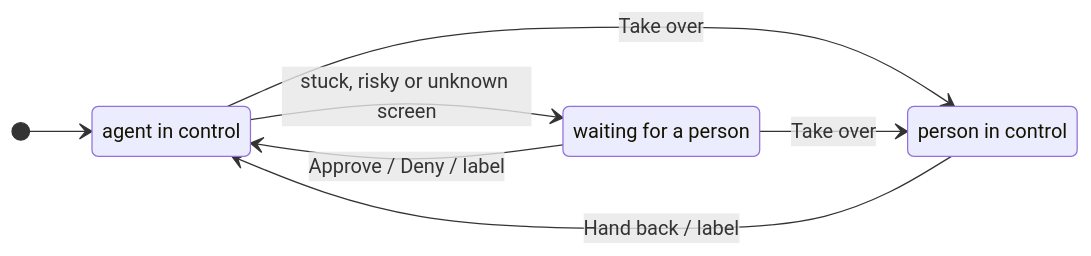
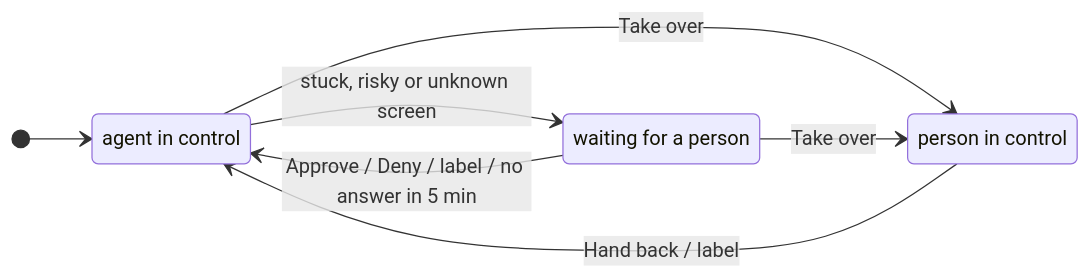
The second of 2 diagrams in REPORT.md (aravindsriraj/cua-agent-system), drawn with Mermaid before and after one commit. The commit also changed other lines of this file and 4 other files, not shown here.

Commit message:
Stop waiting for an operator who never answers (5 min; a person who took over is never cut off); REPORT lists known gaps with design answers

````diff
--- a/REPORT.md
+++ b/REPORT.md
@@ -143,13 +145,13 @@
 ```mermaid
 stateDiagram-v2
     direction LR
     Agent: agent in control
     Waiting: waiting for a person
     Human: person in control
     [*] --> Agent
     Agent --> Waiting: stuck, risky or unknown screen
-    Waiting --> Agent: Approve / Deny / label
+    Waiting --> Agent: Approve / Deny / label / no answer in 5 min
     Agent --> Human: Take over
     Waiting --> Human: Take over
     Human --> Agent: Hand back / label
 ```
````
